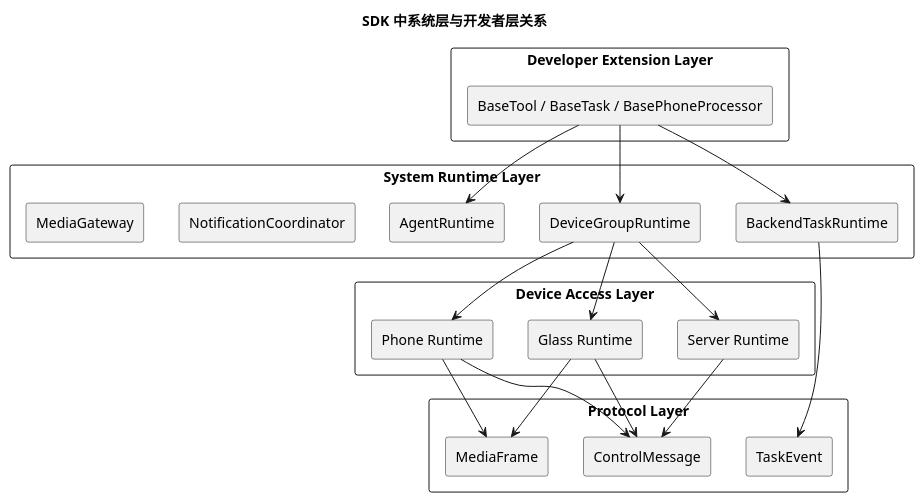
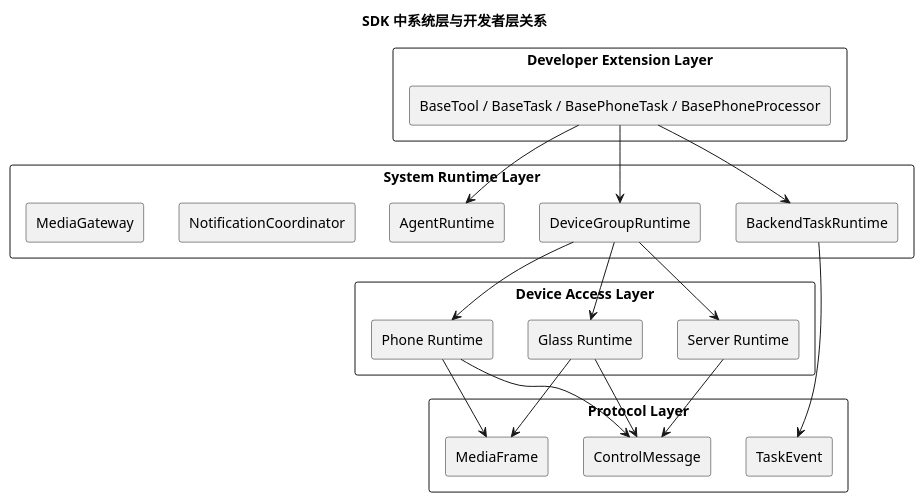
Before and after one commit to HengeLiu/RealtimeAgent: the diagram in doc/sdk-design/SDK产品形态与多端职责定义.md, drawn with PlantUML. The commit also changed other lines of this file and 8 other files, not shown here.

````diff
--- a/doc/sdk-design/SDK产品形态与多端职责定义.md
+++ b/doc/sdk-design/SDK产品形态与多端职责定义.md
@@ -554,43 +695,43 @@
 ```plantuml
 @startuml
 title SDK 中系统层与开发者层关系
 
 rectangle "Developer Extension Layer" {
-  rectangle "BaseTool / BaseTask / BasePhoneProcessor"
+  rectangle "BaseTool / BaseTask / BasePhoneTask / BasePhoneProcessor"
 }
 
 rectangle "System Runtime Layer" {
   rectangle "DeviceGroupRuntime"
   rectangle "AgentRuntime"
   rectangle "BackendTaskRuntime"
   rectangle "NotificationCoordinator"
   rectangle "MediaGateway"
 }
 
 rectangle "Device Access Layer" {
   rectangle "Glass Runtime"
   rectangle "Phone Runtime"
   rectangle "Server Runtime"
 }
 
 rectangle "Protocol Layer" {
   rectangle "ControlMessage"
   rectangle "MediaFrame"
   rectangle "TaskEvent"
 }
 
-"BaseTool / BaseTask / BasePhoneProcessor" --> "DeviceGroupRuntime"
-"BaseTool / BaseTask / BasePhoneProcessor" --> "AgentRuntime"
-"BaseTool / BaseTask / BasePhoneProcessor" --> "BackendTaskRuntime"
+"BaseTool / BaseTask / BasePhoneTask / BasePhoneProcessor" --> "DeviceGroupRuntime"
+"BaseTool / BaseTask / BasePhoneTask / BasePhoneProcessor" --> "AgentRuntime"
+"BaseTool / BaseTask / BasePhoneTask / BasePhoneProcessor" --> "BackendTaskRuntime"
 "DeviceGroupRuntime" --> "Glass Runtime"
 "DeviceGroupRuntime" --> "Phone Runtime"
 "DeviceGroupRuntime" --> "Server Runtime"
 "Glass Runtime" --> "ControlMessage"
 "Phone Runtime" --> "ControlMessage"
 "Server Runtime" --> "ControlMessage"
 "Glass Runtime" --> "MediaFrame"
 "Phone Runtime" --> "MediaFrame"
 "BackendTaskRuntime" --> "TaskEvent"
 
 @enduml
 ```
````
